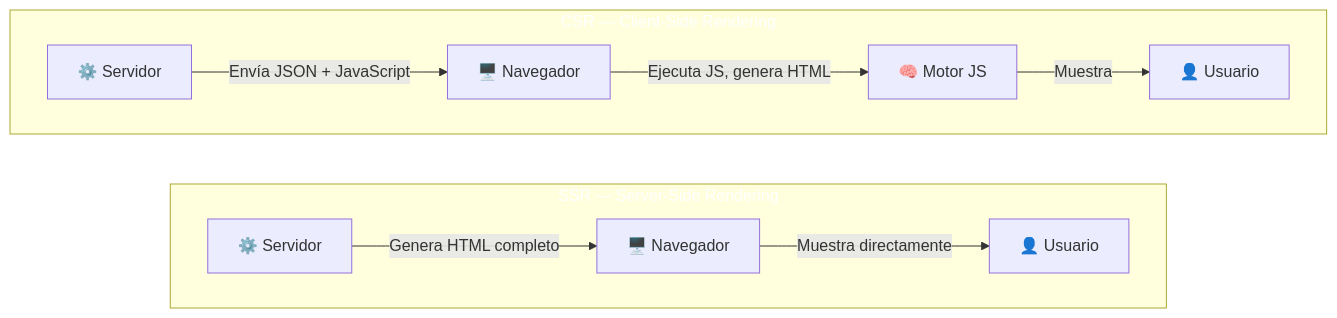
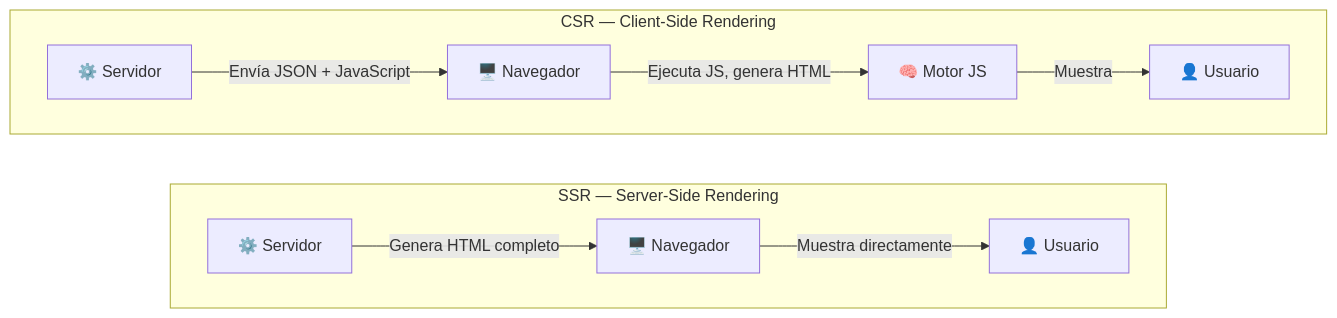
One commit to joseluisgs/DesarrolloWebEntornosServidor-01-2026-2027 changed the third of 5 diagrams in 06-web-dinamica.md. Above: the diagram before and after it, drawn with Mermaid. The commit also changed other lines of this file and 15 other files, not shown here.

Commit message:
docs: quitar el relleno a los subgraf de los diagramas y corregir comillas y rayas sueltas

````diff
--- a/06-web-dinamica.md
+++ b/06-web-dinamica.md
@@ -104,18 +102,16 @@
 ```mermaid
 graph LR
     subgraph SSR["SSR — Server-Side Rendering"]
         direction LR
         S1["⚙️ Servidor"] -->|"Genera HTML completo"| N1["🖥️ Navegador"]
         N1 -->|"Muestra directamente"| U1["👤 Usuario"]
     end
 
     subgraph CSR["CSR — Client-Side Rendering"]
         direction LR
         S2["⚙️ Servidor"] -->|"Envía JSON + JavaScript"| N2["🖥️ Navegador"]
         N2 -->|"Ejecuta JS, genera HTML"| N2b["🧠 Motor JS"]
         N2b -->|"Muestra"| U2["👤 Usuario"]
     end
 
-    style SSR fill:#2196F,color:#fff3,color:#fff
-    style CSR fill:#FF980,color:#fff0,color:#fff
 ```
````
